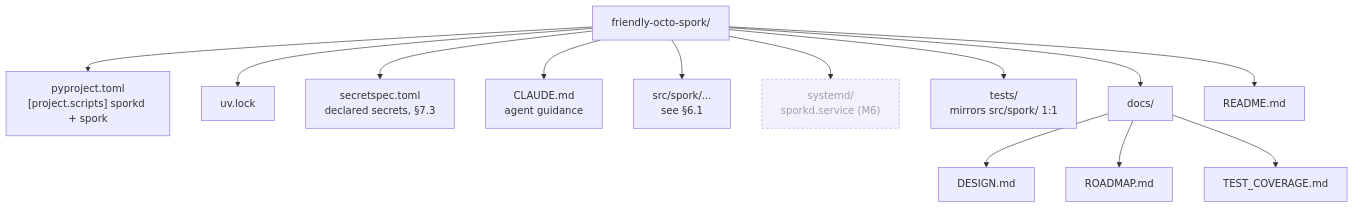
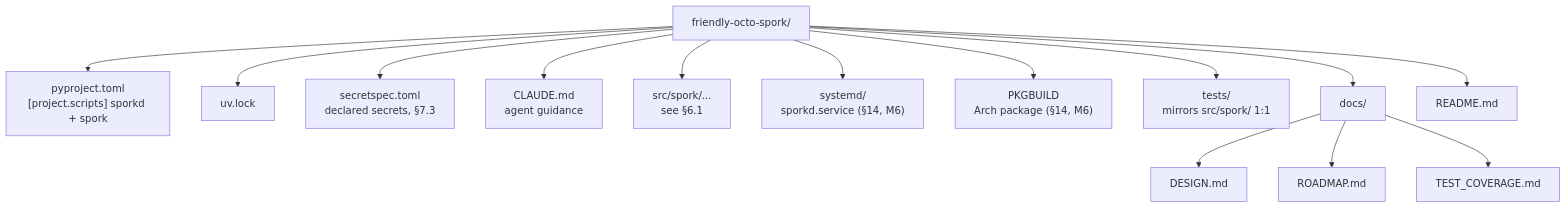
Before and after one commit to Stainless5166/friendly-octo-spork: diagram 34 of 35 in docs/DESIGN.md, drawn with Mermaid. The commit also changed other lines of this file, not shown here.

First line of the commit message:
Design: M6 systemd packaging + install flow

````diff
--- a/docs/DESIGN.md
+++ b/docs/DESIGN.md
@@ -1949,18 +2079,17 @@
 ```mermaid
 flowchart TD
     root["friendly-octo-spork/"] --> pyproject["pyproject.toml<br/>[project.scripts] sporkd + spork"]
     root --> uvlock["uv.lock"]
     root --> secretspec["secretspec.toml<br/>declared secrets, §7.3"]
     root --> claudemd["CLAUDE.md<br/>agent guidance"]
     root --> src["src/spork/...<br/>see §6.1"]
-    root --> systemd["systemd/<br/>sporkd.service (M6)"]:::planned
+    root --> systemd["systemd/<br/>sporkd.service (§14, M6)"]
+    root --> pkgbuild["PKGBUILD<br/>Arch package (§14, M6)"]
     root --> tests["tests/<br/>mirrors src/spork/ 1:1"]
     root --> docs["docs/"]
     root --> readme["README.md"]
 
     docs --> design["DESIGN.md"]
     docs --> roadmap["ROADMAP.md"]
     docs --> coverage["TEST_COVERAGE.md"]
-
-    classDef planned stroke-dasharray: 4 3,opacity:0.65
 ```
````
